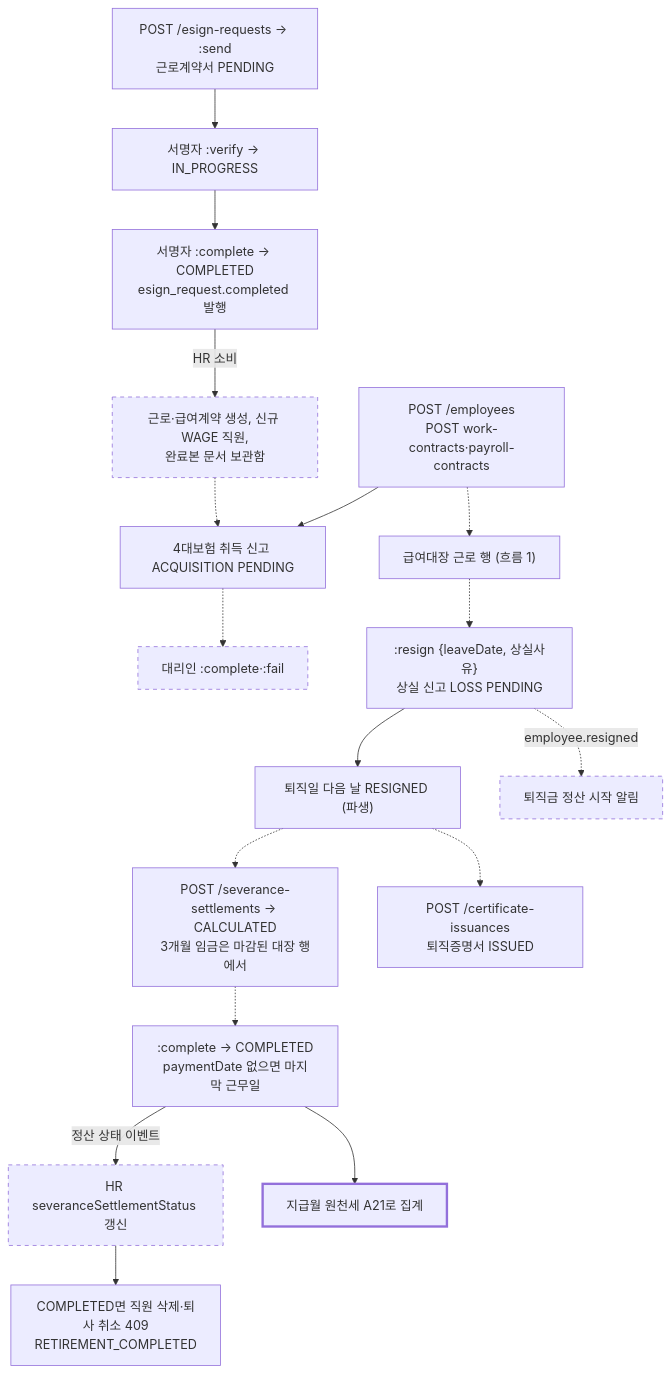
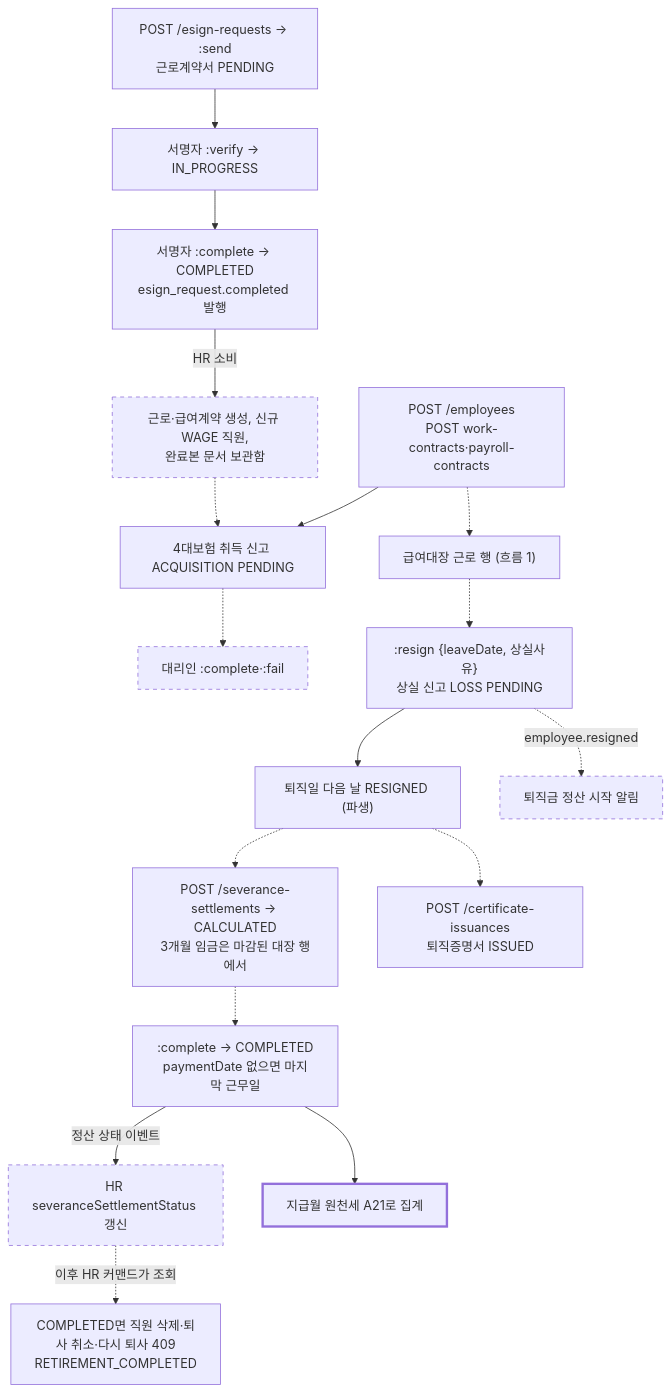
The second of 3 diagrams in docs/design/lifecycles.md (cbcruk/semu), drawn with Mermaid before and after one commit. The commit also changed other lines of this file and 2 other files, not shown here.

Commit message:
docs: 재검토의 고려할 것 반영 — 흐름 2 조회 점선, 증빙 source 표기, 중복 링크

````diff
--- a/docs/design/lifecycles.md
+++ b/docs/design/lifecycles.md
@@ -93,21 +93,21 @@
 ```mermaid
 flowchart TD
   esign["POST /esign-requests → :send<br/>근로계약서 PENDING"] --> verify["서명자 :verify → IN_PROGRESS"]
   verify --> complete["서명자 :complete → COMPLETED<br/>esign_request.completed 발행"]
   complete -- "HR 소비" --> hrmake["근로·급여계약 생성, 신규 WAGE 직원,<br/>완료본 문서 보관함"]:::todo
   manual["POST /employees<br/>POST work-contracts·payroll-contracts"] --> acq["4대보험 취득 신고 ACQUISITION PENDING"]
   hrmake -.-> acq
   acq -.-> agentdo["대리인 :complete·:fail"]:::todo
   manual -.-> payroll["급여대장 근로 행 (흐름 1)"]
   payroll -.-> resign[":resign {leaveDate, 상실사유}<br/>상실 신고 LOSS PENDING"]
   resign --> resigned["퇴직일 다음 날 RESIGNED (파생)"]
   resign -. "employee.resigned" .-> start["퇴직금 정산 시작 알림"]:::todo
   resigned -.-> sev["POST /severance-settlements → CALCULATED<br/>3개월 임금은 마감된 대장 행에서"]
   sev -.-> sevdone[":complete → COMPLETED<br/>paymentDate 없으면 마지막 근무일"]
   sevdone -- "정산 상태 이벤트" --> hrstatus["HR severanceSettlementStatus 갱신"]:::todo
-  hrstatus --> guard["COMPLETED면 직원 삭제·퇴사 취소 409<br/>RETIREMENT_COMPLETED"]
+  hrstatus -. "이후 HR 커맨드가 조회" .-> guard["COMPLETED면 직원 삭제·퇴사 취소·다시 퇴사 409<br/>RETIREMENT_COMPLETED"]
   sevdone --> a21["지급월 원천세 A21로 집계"]:::open
   resigned -.-> cert["POST /certificate-issuances<br/>퇴직증명서 ISSUED"]
   classDef todo stroke-dasharray: 5 5
   classDef open stroke-width: 3px
 ```
````
